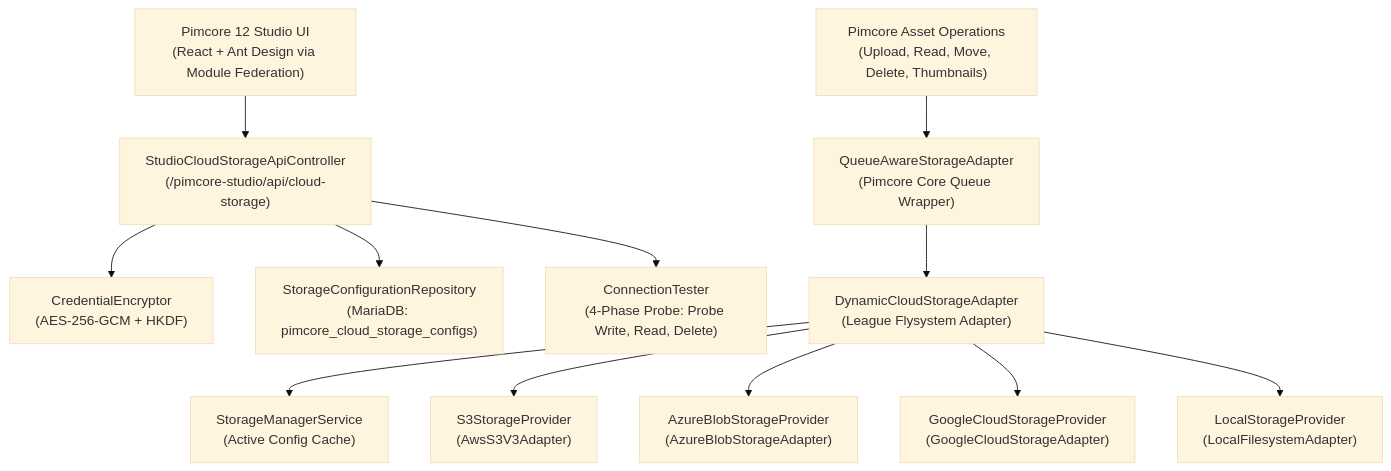
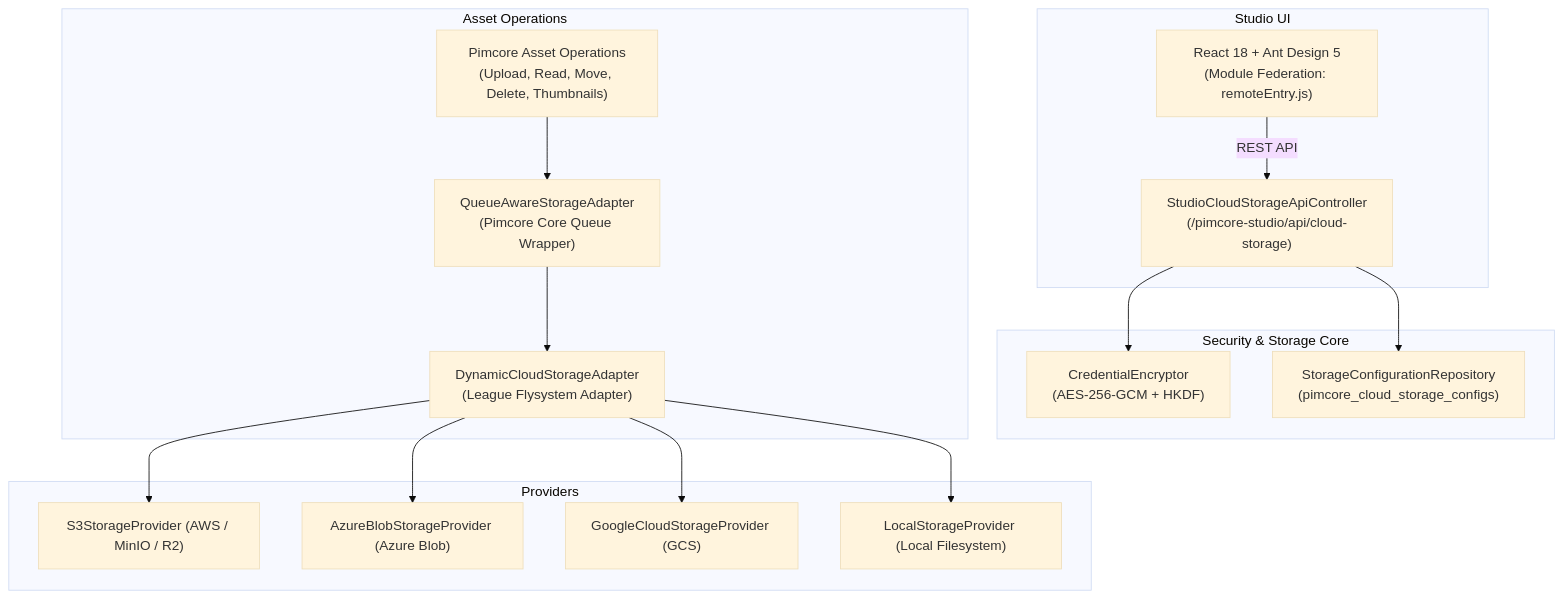
One commit to vezolabs/pimcore-cloud-storage-bundle changed the diagram in README.md. Above: the diagram before and after it, drawn with Mermaid (base theme). The commit also changed other lines of this file and 8 other files, not shown here.

````diff
--- a/README.md
+++ b/README.md
@@ -53,16 +107,31 @@
 ```mermaid
 flowchart TD
-    UI["Pimcore 12 Studio UI<br/>(React + Ant Design via Module Federation)"] --> API["StudioCloudStorageApiController<br/>(/pimcore-studio/api/cloud-storage)"]
-    API --> SEC["CredentialEncryptor<br/>(AES-256-GCM + HKDF)"]
-    API --> REPO["StorageConfigurationRepository<br/>(MariaDB: pimcore_cloud_storage_configs)"]
-    API --> TEST["ConnectionTester<br/>(4-Phase Probe: Probe Write, Read, Delete)"]
-    
-    ASSET["Pimcore Asset Operations<br/>(Upload, Read, Move, Delete, Thumbnails)"] --> QUEUE["QueueAwareStorageAdapter<br/>(Pimcore Core Queue Wrapper)"]
-    QUEUE --> DYNAMIC["DynamicCloudStorageAdapter<br/>(League Flysystem Adapter)"]
-    
-    DYNAMIC --> MGR["StorageManagerService<br/>(Active Config Cache)"]
-    DYNAMIC --> S3["S3StorageProvider<br/>(AwsS3V3Adapter)"]
-    DYNAMIC --> AZURE["AzureBlobStorageProvider<br/>(AzureBlobStorageAdapter)"]
-    DYNAMIC --> GCS["GoogleCloudStorageProvider<br/>(GoogleCloudStorageAdapter)"]
-    DYNAMIC --> LOCAL["LocalStorageProvider<br/>(LocalFilesystemAdapter)"]
+    subgraph Studio UI
+        UI["React 18 + Ant Design 5<br/>(Module Federation: remoteEntry.js)"]
+        API["StudioCloudStorageApiController<br/>(/pimcore-studio/api/cloud-storage)"]
+        UI -->|REST API| API
+    end
+
+    subgraph Security & Storage Core
+        SEC["CredentialEncryptor<br/>(AES-256-GCM + HKDF)"]
+        REPO["StorageConfigurationRepository<br/>(pimcore_cloud_storage_configs)"]
+        API --> SEC
+        API --> REPO
+    end
+
+    subgraph Asset Operations
+        CORE["Pimcore Asset Operations<br/>(Upload, Read, Move, Delete, Thumbnails)"]
+        QUEUE["QueueAwareStorageAdapter<br/>(Pimcore Core Queue Wrapper)"]
+        DYNAMIC["DynamicCloudStorageAdapter<br/>(League Flysystem Adapter)"]
+        
+        CORE --> QUEUE
+        QUEUE --> DYNAMIC
+    end
+
+    subgraph Providers
+        DYNAMIC --> S3["S3StorageProvider (AWS / MinIO / R2)"]
+        DYNAMIC --> AZURE["AzureBlobStorageProvider (Azure Blob)"]
+        DYNAMIC --> GCS["GoogleCloudStorageProvider (GCS)"]
+        DYNAMIC --> LOCAL["LocalStorageProvider (Local Filesystem)"]
+    end
 ```
````
